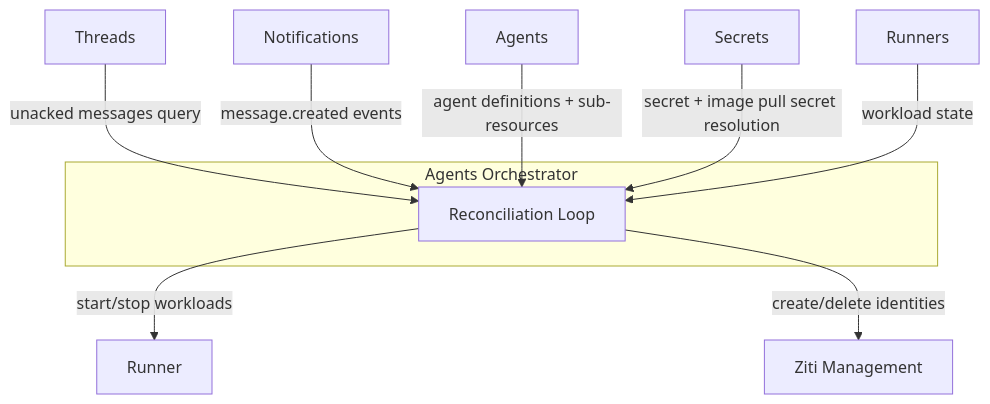
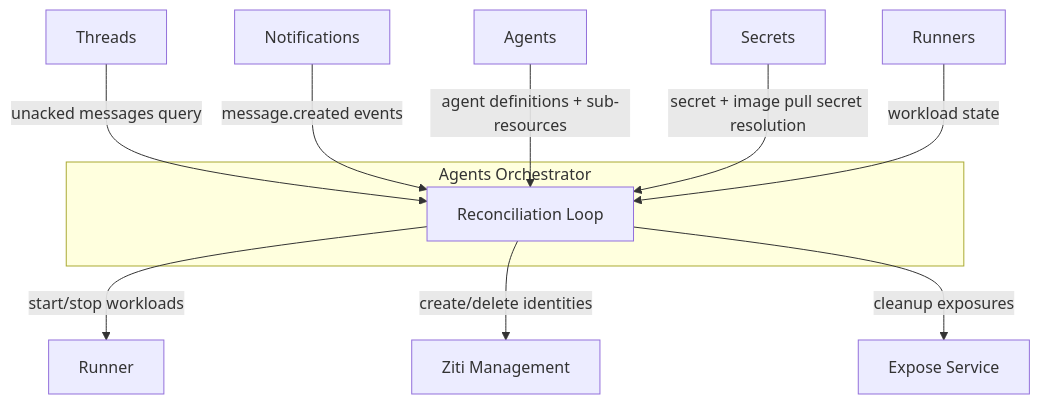
Before and after one commit to agynio/architecture: the first of 4 diagrams in architecture/agents-orchestrator.md, drawn with Mermaid. The commit also changed other lines of this file and 13 other files, not shown here.

````diff
--- a/architecture/agents-orchestrator.md
+++ b/architecture/agents-orchestrator.md
@@ -11,14 +11,15 @@
 ```mermaid
 graph TB
     subgraph "Agents Orchestrator"
         Reconciler[Reconciliation Loop]
     end
 
     Threads -->|unacked messages query| Reconciler
     Notifications -->|message.created events| Reconciler
     Agents -->|agent definitions + sub-resources| Reconciler
     Secrets -->|secret + image pull secret resolution| Reconciler
     Runners[Runners] -->|workload state| Reconciler
     Reconciler -->|start/stop workloads| Runner
     Reconciler -->|create/delete identities| ZitiMgmt[Ziti Management]
+    Reconciler -->|cleanup exposures| Expose[Expose Service]
 ```
````
